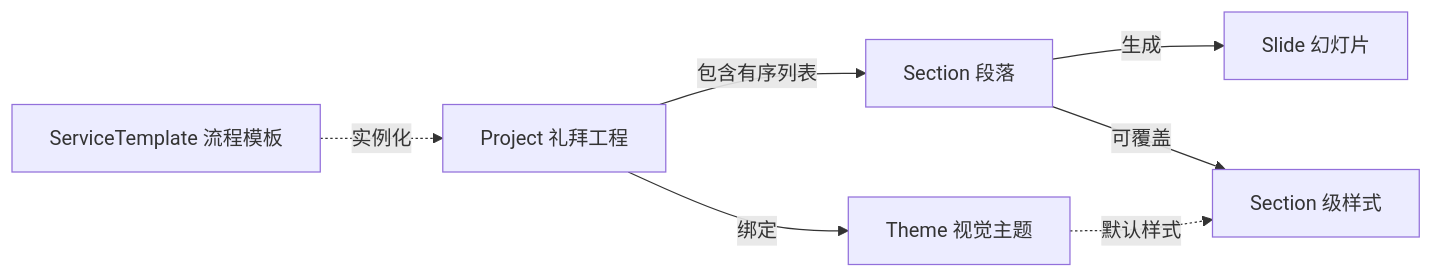
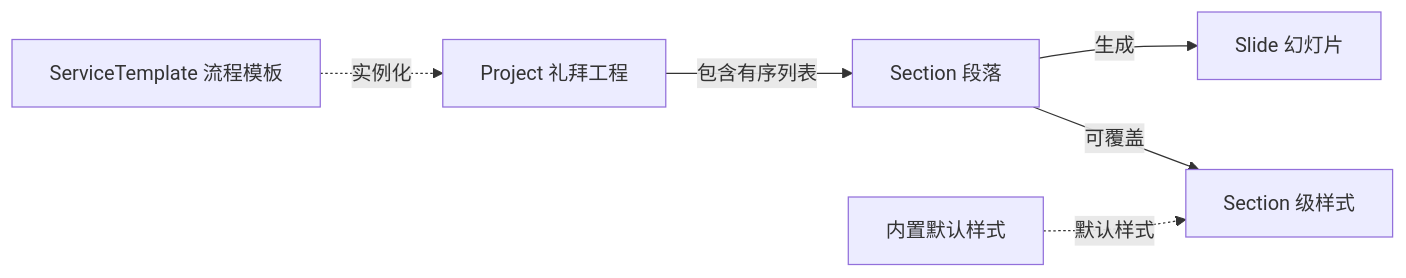
The second of 2 diagrams in REQUIREMENTS.md (zxxlhzxxd/lumina), drawn with Mermaid before and after one commit. The commit also changed other lines of this file and 28 other files, not shown here.

````diff
--- a/REQUIREMENTS.md
+++ b/REQUIREMENTS.md
@@ -110,9 +110,8 @@
 ```mermaid
 flowchart LR
     Project[Project 礼拜工程] -->|包含有序列表| Section[Section 段落]
-    Project -->|绑定| Theme[Theme 视觉主题]
     Section -->|生成| Slide[Slide 幻灯片]
     Section -->|可覆盖| SectionStyle[Section 级样式]
-    Theme -.默认样式.-> SectionStyle
+    DefaultStyle[内置默认样式] -.默认样式.-> SectionStyle
     ServiceTemplate[ServiceTemplate 流程模板] -.实例化.-> Project
 ```
````
